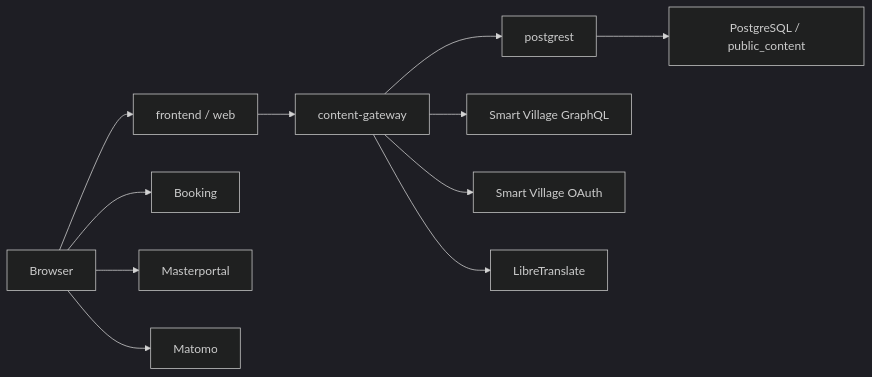
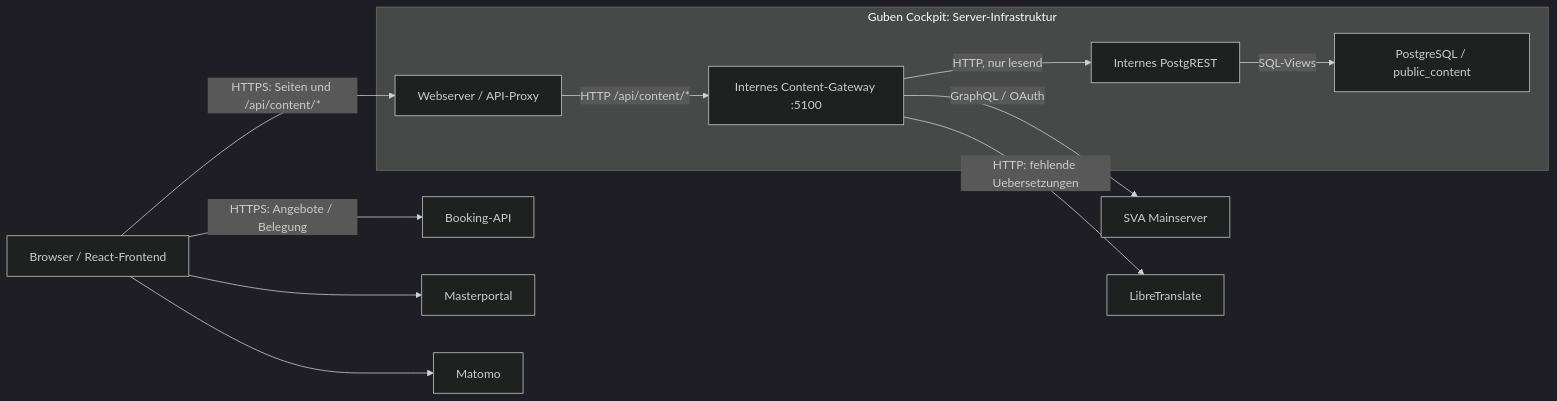
One commit to smart-village-solutions/guben-cockpit-old changed the diagram in docs/system-documentation.md. Above: the diagram before and after it, drawn with Mermaid (dark theme). The commit also changed other lines of this file and 12 other files, not shown here.

Commit message:
docs: update architecture, content sources and release operations

````diff
--- a/docs/system-documentation.md
+++ b/docs/system-documentation.md
@@ -23,14 +27,19 @@
 ```mermaid
 flowchart LR
-  Browser --> Web["frontend / web"]
-  Web --> Gateway["content-gateway"]
-  Gateway --> PostgREST["postgrest"]
-  PostgREST --> PostgreSQL["PostgreSQL / public_content"]
-  Gateway --> SmartVillage["Smart Village GraphQL"]
-  Gateway --> OAuth["Smart Village OAuth"]
-
-  Browser --> Booking["Booking"]
+  Browser["Browser / React-Frontend"]
+  subgraph Cockpit["Guben Cockpit: Server-Infrastruktur"]
+    Web["Webserver / API-Proxy"]
+    Gateway["Internes Content-Gateway :5100"]
+    PostgREST["Internes PostgREST"]
+    PostgreSQL["PostgreSQL / public_content"]
+    Web -->|"HTTP /api/content/*"| Gateway
+    Gateway -->|"HTTP, nur lesend"| PostgREST
+    PostgREST -->|"SQL-Views"| PostgreSQL
+  end
+  Browser -->|"HTTPS: Seiten und /api/content/*"| Web
+  Gateway -->|"GraphQL / OAuth"| Mainserver["SVA Mainserver"]
+  Gateway -->|"HTTP: fehlende Uebersetzungen"| Translate["LibreTranslate"]
+  Browser -->|"HTTPS: Angebote / Belegung"| Booking["Booking-API"]
   Browser --> Masterportal["Masterportal"]
-  Gateway --> Translate["LibreTranslate"]
   Browser --> Matomo["Matomo"]
 ```
````
